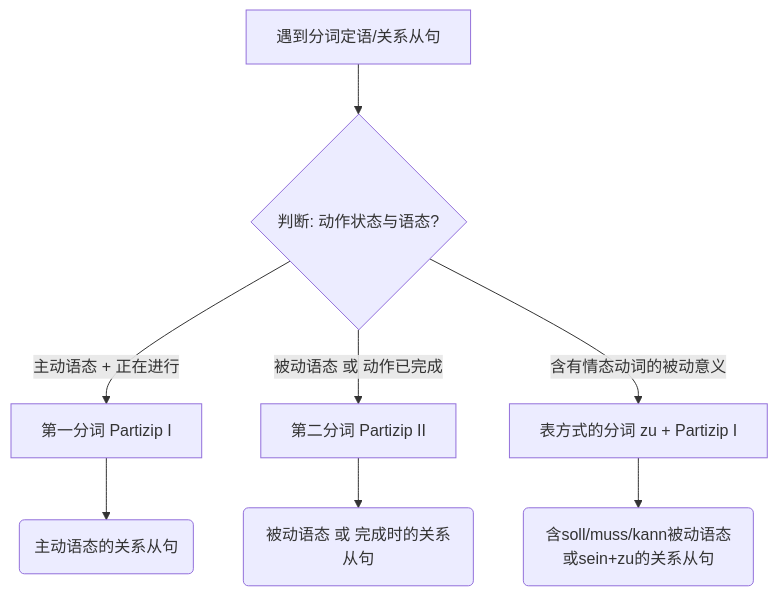
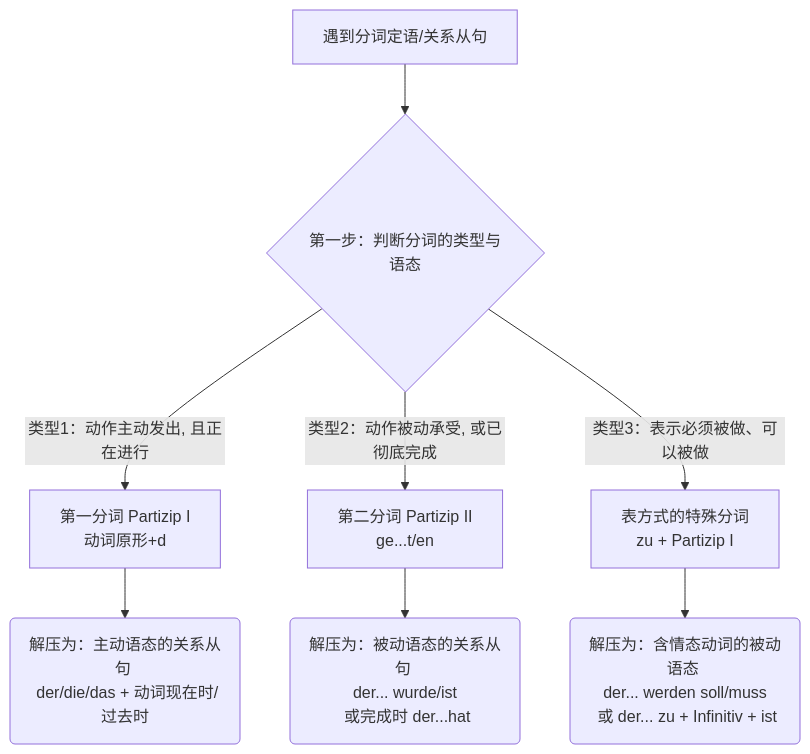
Before and after one commit to tanghaochen/Ideologie_und_Politik_obsidian: the second of 2 diagrams in 语言学习/德语/公共知识语法/10句型/从句合集/前置定语、后置定语以及扩展的分词定语.md, drawn with Mermaid. The commit also changed other lines of this file and 6 other files, not shown here.

````diff
--- a/语言学习/德语/公共知识语法/10句型/从句合集/前置定语、后置定语以及扩展的分词定语.md
+++ b/语言学习/德语/公共知识语法/10句型/从句合集/前置定语、后置定语以及扩展的分词定语.md
@@ -93,11 +103,11 @@
 ```mermaid
 graph TD
-    A[遇到分词定语/关系从句] --> B{判断: 动作状态与语态?}
-    B -->|主动语态 + 正在进行| C[第一分词 Partizip I]
-    B -->|被动语态 或 动作已完成| D[第二分词 Partizip II]
-    B -->|含有情态动词的被动意义| E[表方式的分词 zu + Partizip I]
+    A[遇到分词定语/关系从句] --> B{第一步：判断分词的类型与语态}
+    B -->|类型1：动作主动发出, 且正在进行| C[第一分词 Partizip I <br> 动词原形+d]
+    B -->|类型2：动作被动承受, 或已彻底完成| D[第二分词 Partizip II <br> ge...t/en]
+    B -->|类型3：表示必须被做、可以被做| E[表方式的特殊分词 <br> zu + Partizip I]
     
-    C --> F(主动语态的关系从句)
-    D --> G(被动语态 或 完成时的关系从句)
-    E --> H(含soll/muss/kann被动语态或sein+zu的关系从句)
+    C --> F(解压为：主动语态的关系从句 <br> der/die/das + 动词现在时/过去时)
+    D --> G(解压为：被动语态的关系从句 <br> der... wurde/ist <br> 或完成时 der...hat)
+    E --> H(解压为：含情态动词的被动语态 <br> der... werden soll/muss <br> 或 der... zu + Infinitiv + ist)
 ```
````
